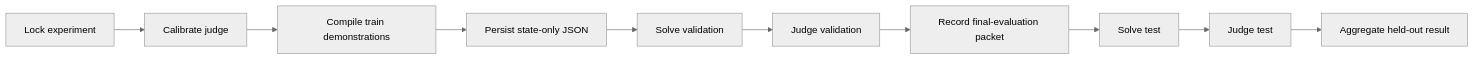
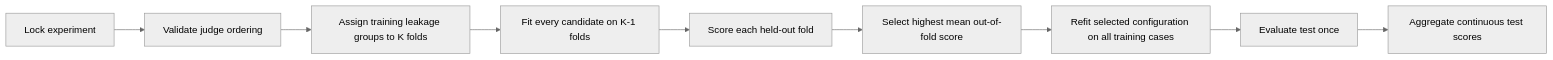
One commit to mainsequence-sdk/repo-agent-eval changed the diagram in docs/training/optimization-lifecycle.md. Above: the diagram before and after it, drawn with Mermaid (neutral theme). The commit also changed other lines of this file and 1883 other files, not shown here.

````diff
--- a/docs/training/optimization-lifecycle.md
+++ b/docs/training/optimization-lifecycle.md
@@ -5,12 +7,11 @@
 ```mermaid
 flowchart LR
-    Lock[Lock experiment] --> Calibrate[Calibrate judge]
-    Calibrate --> Optimize[Compile train demonstrations]
-    Optimize --> State[Persist state-only JSON]
-    State --> ValidationSolve[Solve validation]
-    ValidationSolve --> ValidationJudge[Judge validation]
-    ValidationJudge --> Final[Record final-evaluation packet]
-    Final --> TestSolve[Solve test]
-    TestSolve --> TestJudge[Judge test]
-    TestJudge --> Aggregate[Aggregate held-out result]
+    Lock[Lock experiment] --> ValidateJudge[Validate judge ordering]
+    ValidateJudge --> Folds[Assign training leakage groups to K folds]
+    Folds --> FitCV[Fit every candidate on K-1 folds]
+    FitCV --> ScoreCV[Score each held-out fold]
+    ScoreCV --> Select[Select highest mean out-of-fold score]
+    Select --> Refit[Refit selected configuration on all training cases]
+    Refit --> Test[Evaluate test once]
+    Test --> Aggregate[Aggregate continuous test scores]
 ```
````
